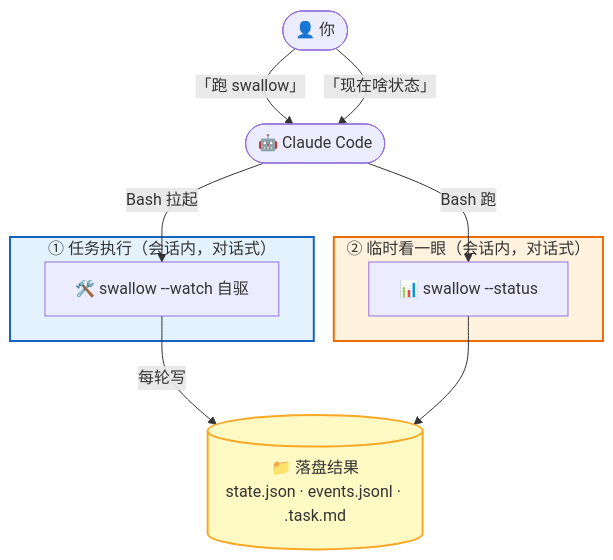
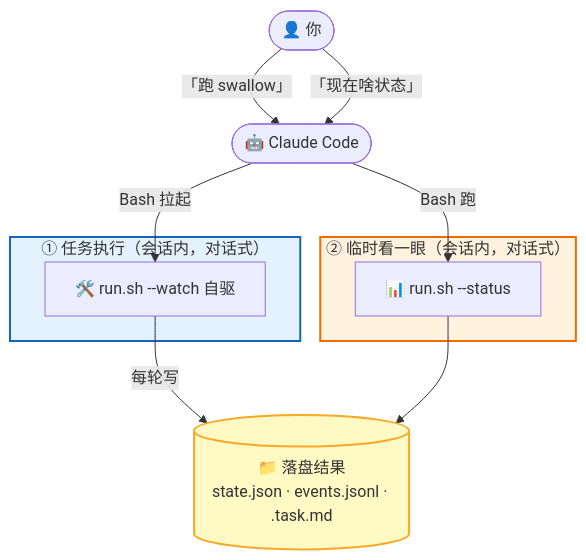
One commit to free-wyq/swallow changed the diagram in docs/claude-code-guide.md. Above: the diagram before and after it, drawn with Mermaid. The commit also changed other lines of this file and 6 other files, not shown here.

First line of the commit message:
docs: 全面清除老黄历残留（裸 swallow 命令 + $RUN + 旧记忆架构）

````diff
--- a/docs/claude-code-guide.md
+++ b/docs/claude-code-guide.md
@@ -3,26 +3,26 @@
 ```mermaid
 flowchart TB
     You([👤 你])
     CC([🤖 Claude Code])
 
     subgraph run["① 任务执行（会话内，对话式）"]
-      Watch["🛠️ swallow --watch 自驱"]
+      Watch["🛠️ run.sh --watch 自驱"]
     end
 
     Disk[("📁 落盘结果<br/>state.json · events.jsonl · .task.md")]
 
     subgraph peek["② 临时看一眼（会话内，对话式）"]
-      Status["📊 swallow --status"]
+      Status["📊 run.sh --status"]
     end
 
     You -->|"「跑 swallow」"| CC
     CC -->|"Bash 拉起"| Watch
     Watch -->|"每轮写"| Disk
     You -->|"「现在啥状态」"| CC
     CC -->|"Bash 跑"| Status
     Status --> Disk
 
     style run fill:#e3f2fd,stroke:#1565c0,stroke-width:2px
     style peek fill:#fff3e0,stroke:#ef6c00,stroke-width:2px
     style Disk fill:#fff9c4,stroke:#f9a825,stroke-width:2px
 ```
````
